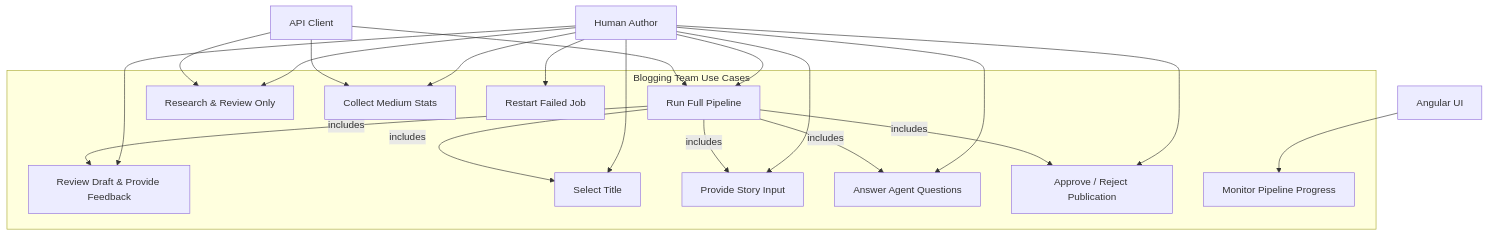
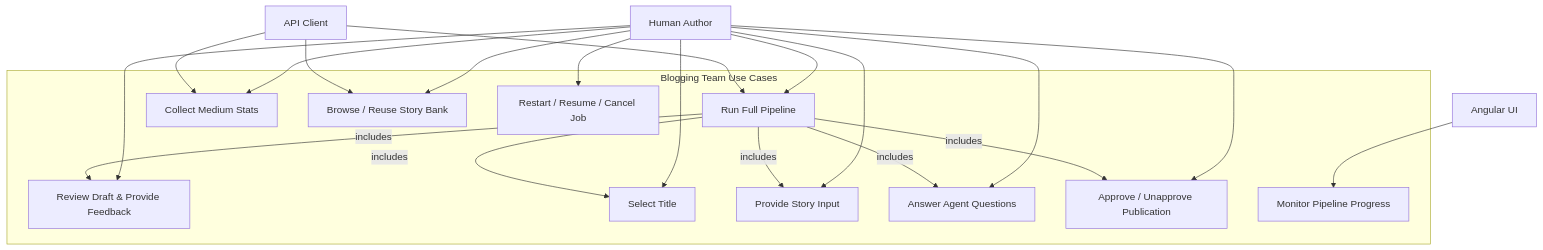
One commit to deepthought42/Khala-Agentic-AI-Teams changed the first of 9 diagrams in backend/agents/blogging/system_design/Use_Cases.md. Above: the diagram before and after it, drawn with Mermaid. The commit also changed other lines of this file and 4 other files, not shown here.

First line of the commit message:
Reorganize blogging team documentation and clarify v2 pipeline architecture (#138)

````diff
--- a/backend/agents/blogging/system_design/Use_Cases.md
+++ b/backend/agents/blogging/system_design/Use_Cases.md
@@ -24,40 +24,40 @@
 ```mermaid
 graph TD
     Author["Human Author"]
     UI["Angular UI"]
     APIClient["API Client"]
 
     subgraph "Blogging Team Use Cases"
         UC1["Run Full Pipeline"]
-        UC2["Research & Review Only"]
-        UC3["Review Draft & Provide Feedback"]
-        UC4["Select Title"]
-        UC5["Provide Story Input"]
-        UC6["Answer Agent Questions"]
-        UC7["Approve / Reject Publication"]
-        UC8["Collect Medium Stats"]
-        UC9["Monitor Pipeline Progress"]
-        UC10["Restart Failed Job"]
+        UC2["Review Draft & Provide Feedback"]
+        UC3["Select Title"]
+        UC4["Provide Story Input"]
+        UC5["Answer Agent Questions"]
+        UC6["Approve / Unapprove Publication"]
+        UC7["Collect Medium Stats"]
+        UC8["Monitor Pipeline Progress"]
+        UC9["Browse / Reuse Story Bank"]
+        UC10["Restart / Resume / Cancel Job"]
     end
 
     Author --> UC1
     Author --> UC2
     Author --> UC3
     Author --> UC4
     Author --> UC5
     Author --> UC6
     Author --> UC7
-    Author --> UC8
+    Author --> UC9
     Author --> UC10
 
-    UI --> UC9
+    UI --> UC8
     APIClient --> UC1
-    APIClient --> UC2
-    APIClient --> UC8
+    APIClient --> UC7
+    APIClient --> UC9
 
+    UC1 -->|includes| UC2
     UC1 -->|includes| UC3
     UC1 -->|includes| UC4
     UC1 -->|includes| UC5
     UC1 -->|includes| UC6
-    UC1 -->|includes| UC7
 ```
````
